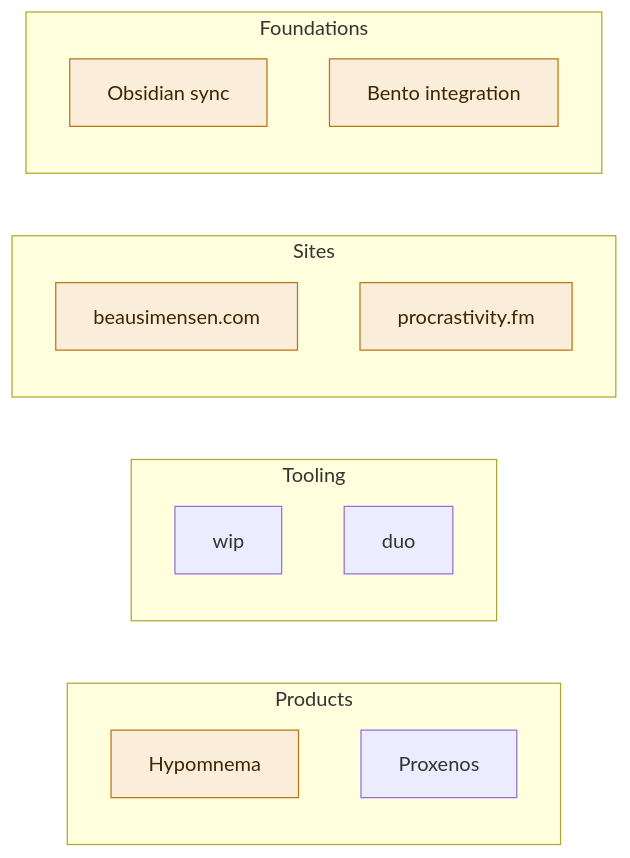
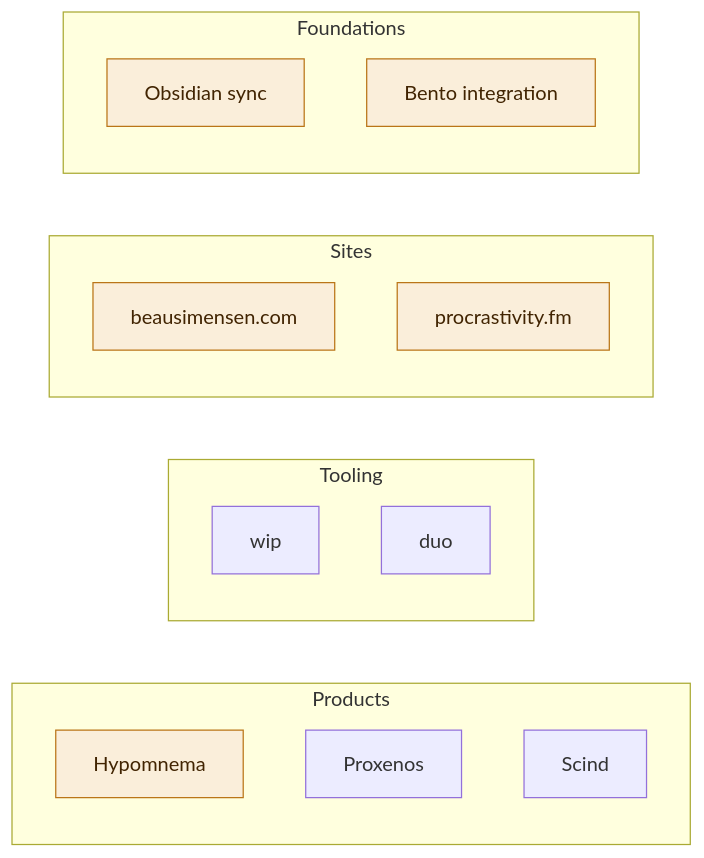
Before and after one commit to simensen/beausimensen-com-content: the diagram in pages/now.md, drawn with Mermaid.

Commit message:
sync 2026-08-15T13:12:39Z

````diff
--- a/pages/now.md
+++ b/pages/now.md
@@ -12,27 +12,28 @@
 ```mermaid
 flowchart LR
     subgraph Products
         hypomnema[Hypomnema]
         proxenos[Proxenos]
+        scind[Scind]
     end
 
     subgraph Tooling
         wip[wip]
         duo[duo]
     end
 
     subgraph Sites
         beausimensen[beausimensen.com]
         procrastivity[procrastivity.fm]
     end
 
     subgraph Foundations
         sync[Obsidian sync]
         bento[Bento integration]
     end
 
     classDef shipped fill:#EAF3DE,stroke:#639922,color:#173404
     classDef active fill:#FAEEDA,stroke:#BA7517,color:#412402
     class gethmn shipped
     class beausimensen,procrastivity,hypomnema,sync,bento active
 ```
````
